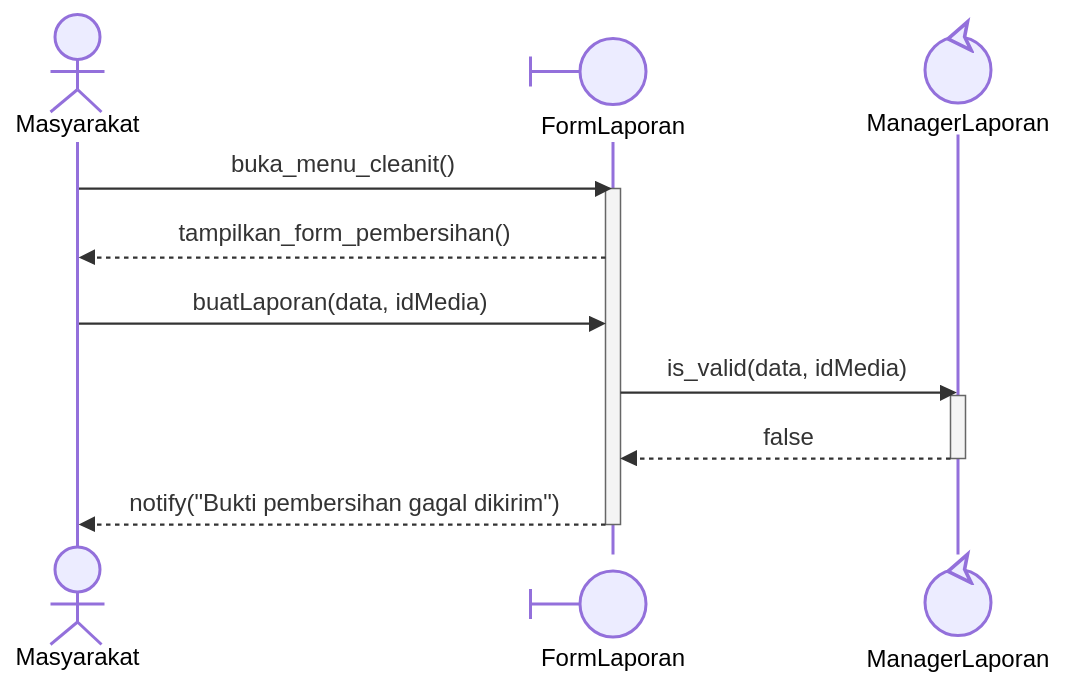
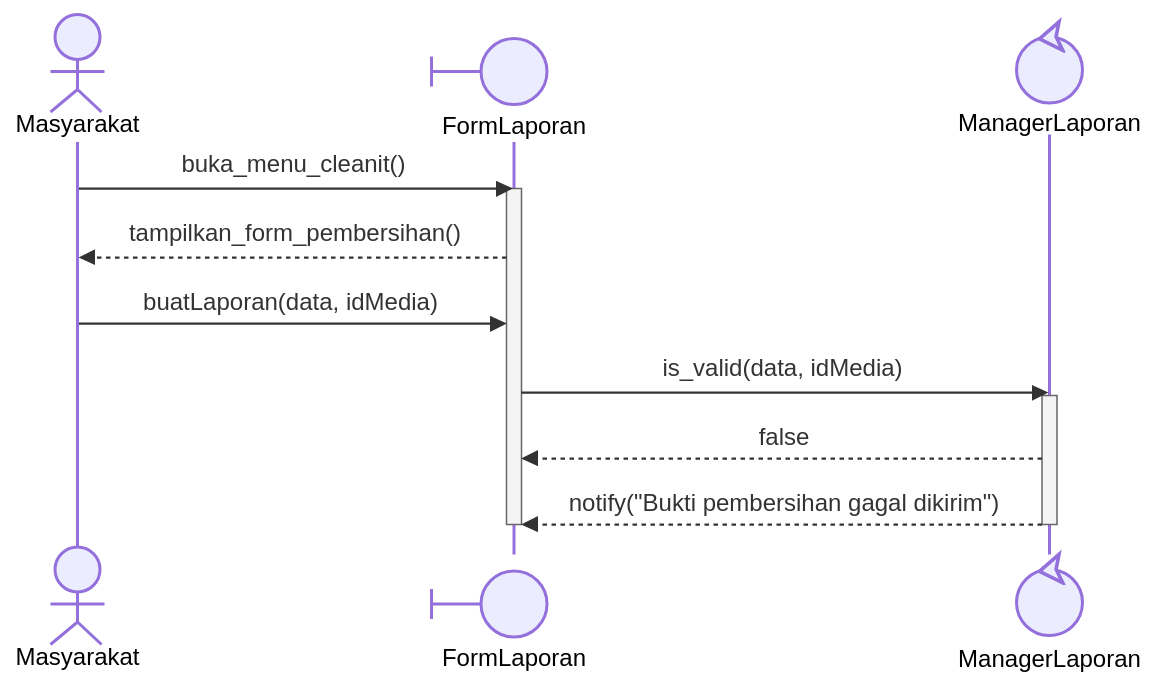
One commit to star-scripter/IF2150-RPL-K03-G02 changed diagram 17 of 28 in docs/M7/K03_G02_DPPL.md. Above: the diagram before and after it, drawn with Mermaid. The commit also changed other lines of this file, not shown here.

Commit message:
docs: fix seq diagram UC05 and UC06

````diff
--- a/docs/M7/K03_G02_DPPL.md
+++ b/docs/M7/K03_G02_DPPL.md
@@ -952,20 +953,19 @@
 ```mermaid
 %%{init: {'themeCSS': '.actor-line { stroke-dasharray: 4, 4; }'}}%%
 sequenceDiagram
     actor M as Masyarakat
     participant FL@{"type":"boundary"} as FormLaporan
     participant ML@{"type":"control"} as ManagerLaporan
 
     M->>FL: buka_menu_cleanit()
     activate FL
     FL-->>M: tampilkan_form_pembersihan()
 
     M->>FL: buatLaporan(data, idMedia)
     FL->>ML: is_valid(data, idMedia)
     activate ML
     ML-->>FL: false
+    ML-->>FL: notify("Bukti pembersihan gagal dikirim")
     deactivate ML
-
-    FL-->>M: notify("Bukti pembersihan gagal dikirim")
     deactivate FL
 ```
````
